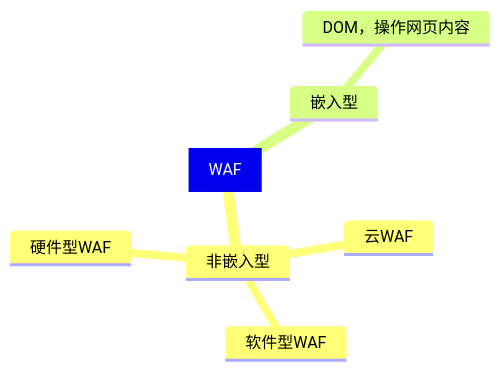
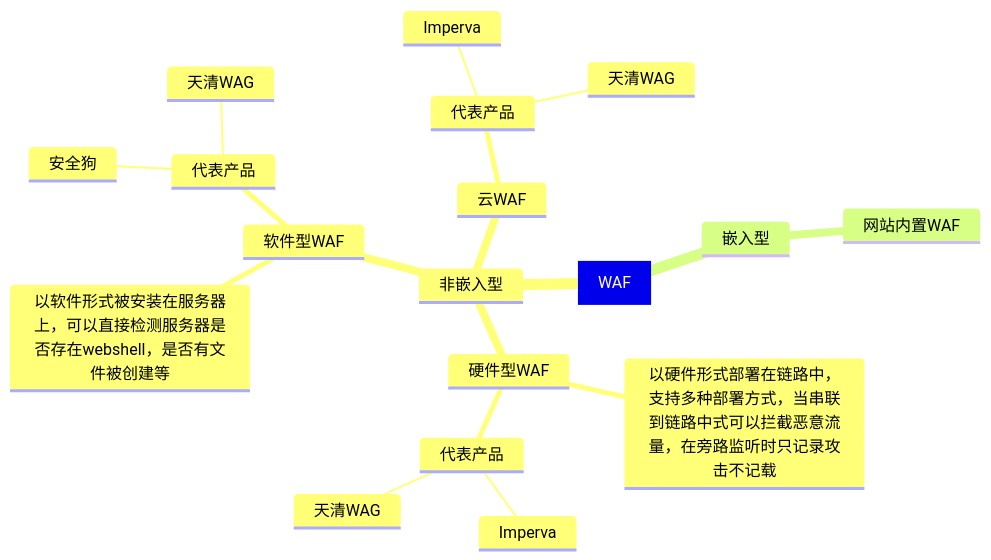
One commit to EBAOBAO/MyNotes changed the diagram in EBAOBAO 的网安笔记.md. Above: the diagram before and after it, drawn with Mermaid.

Commit message:
vault backup: 2025-06-15 17:48:31

````diff
--- a/EBAOBAO 的网安笔记.md
+++ b/EBAOBAO 的网安笔记.md
@@ -93,10 +93,21 @@
 ```mermaid
 mindmap
 	[WAF]
 		非嵌入型
 			硬件型WAF
+				以硬件形式部署在链路中，支持多种部署方式，当串联到链路中式可以拦截恶意流量，在旁路监听时只记录攻击不记载
+				代表产品
+					Imperva
+					天清WAG
 			软件型WAF
+				以软件形式被安装在服务器上，可以直接检测服务器是否存在webshell，是否有文件被创建等
+				代表产品
+					安全狗
+					天清WAG
 			云WAF
+				代表产品
+					Imperva
+					天清WAG
 		嵌入型
-			DOM，操作网页内容
+			网站内置WAF
 ```
````
